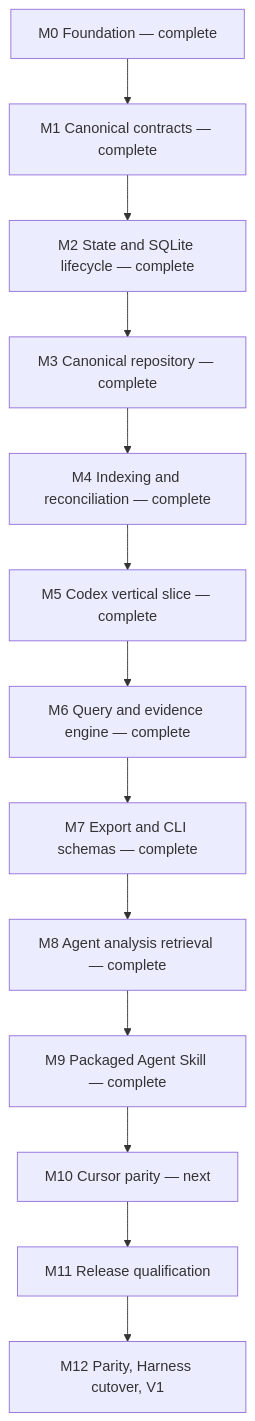
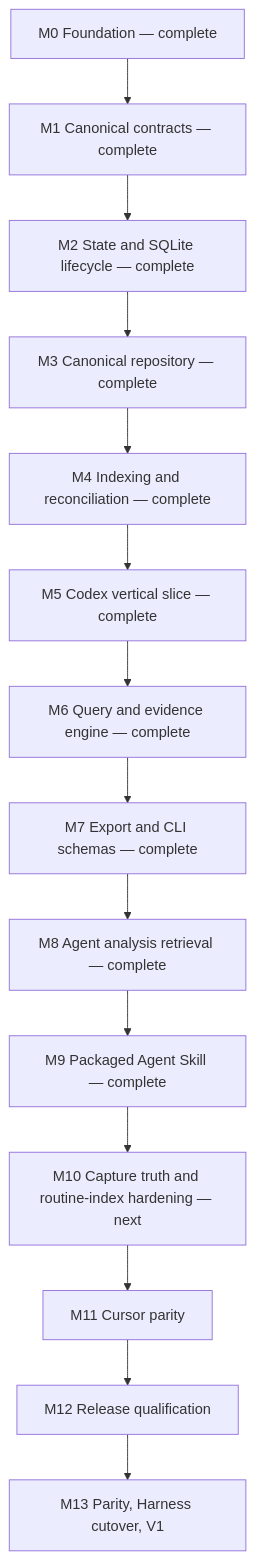
The diagram in dev/plans/260713-v1-implementation-roadmap.md (ferueda/sessions), drawn with Mermaid before and after one commit. The commit also changed other lines of this file and 2 other files, not shown here.

Commit message:
docs: add core hardening roadmap

````diff
--- a/dev/plans/260713-v1-implementation-roadmap.md
+++ b/dev/plans/260713-v1-implementation-roadmap.md
@@ -114,15 +191,16 @@
 ```mermaid
 flowchart TD
   M0["M0 Foundation — complete"] --> M1["M1 Canonical contracts — complete"]
   M1 --> M2["M2 State and SQLite lifecycle — complete"]
   M2 --> M3["M3 Canonical repository — complete"]
   M3 --> M4["M4 Indexing and reconciliation — complete"]
   M4 --> M5["M5 Codex vertical slice — complete"]
   M5 --> M6["M6 Query and evidence engine — complete"]
   M6 --> M7["M7 Export and CLI schemas — complete"]
   M7 --> M8["M8 Agent analysis retrieval — complete"]
   M8 --> M9["M9 Packaged Agent Skill — complete"]
-  M9 --> M10["M10 Cursor parity — next"]
-  M10 --> M11["M11 Release qualification"]
-  M11 --> M12["M12 Parity, Harness cutover, V1"]
+  M9 --> M10["M10 Capture truth and routine-index hardening — next"]
+  M10 --> M11["M11 Cursor parity"]
+  M11 --> M12["M12 Release qualification"]
+  M12 --> M13["M13 Parity, Harness cutover, V1"]
 ```
````
